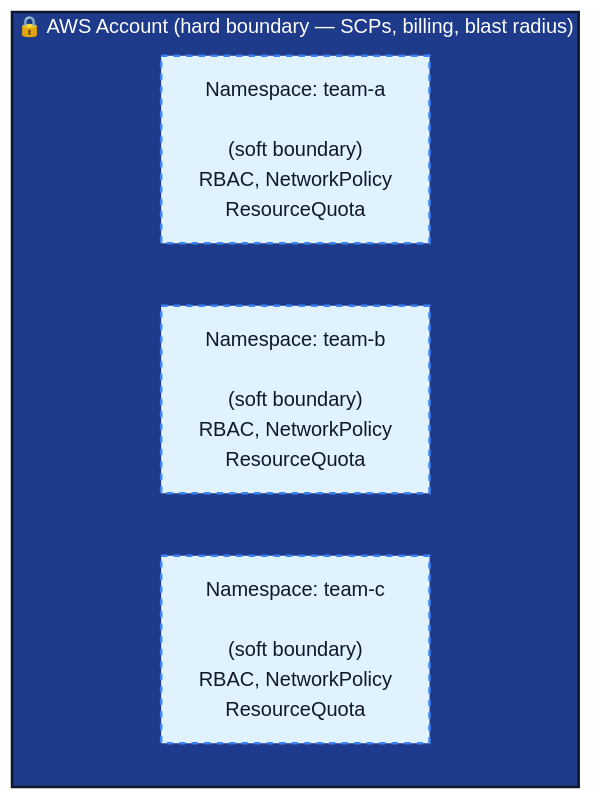
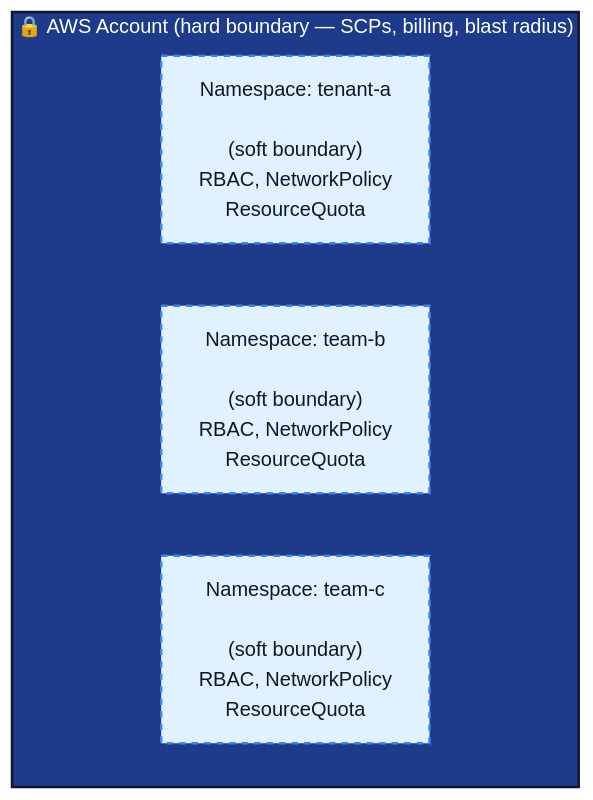
One commit to ok-karthik/internal-developer-platform changed the fourth of 4 diagrams in README.md. Above: the diagram before and after it, drawn with Mermaid (forest theme). The commit also changed other lines of this file and 4 other files, not shown here.

````diff
--- a/README.md
+++ b/README.md
@@ -278,15 +278,15 @@
 ```mermaid
 flowchart TB
     subgraph AWS ["🔒 AWS Account (hard boundary — SCPs, billing, blast radius)"]
         direction LR
-        A["Namespace: team-a<br/><br/>(soft boundary)<br/>RBAC, NetworkPolicy<br/>ResourceQuota"]
+        A["Namespace: tenant-a<br/><br/>(soft boundary)<br/>RBAC, NetworkPolicy<br/>ResourceQuota"]
         B["Namespace: team-b<br/><br/>(soft boundary)<br/>RBAC, NetworkPolicy<br/>ResourceQuota"]
         C["Namespace: team-c<br/><br/>(soft boundary)<br/>RBAC, NetworkPolicy<br/>ResourceQuota"]
     end
 
     classDef outer fill:#1e3a8a,stroke:#0f172a,stroke-width:2px,color:#ffffff;
     classDef inner fill:#e0f2fe,stroke:#3b82f6,stroke-width:2px,stroke-dasharray: 5 5,color:#0f172a;
 
     class AWS outer;
     class A,B,C inner;
 ```
````
